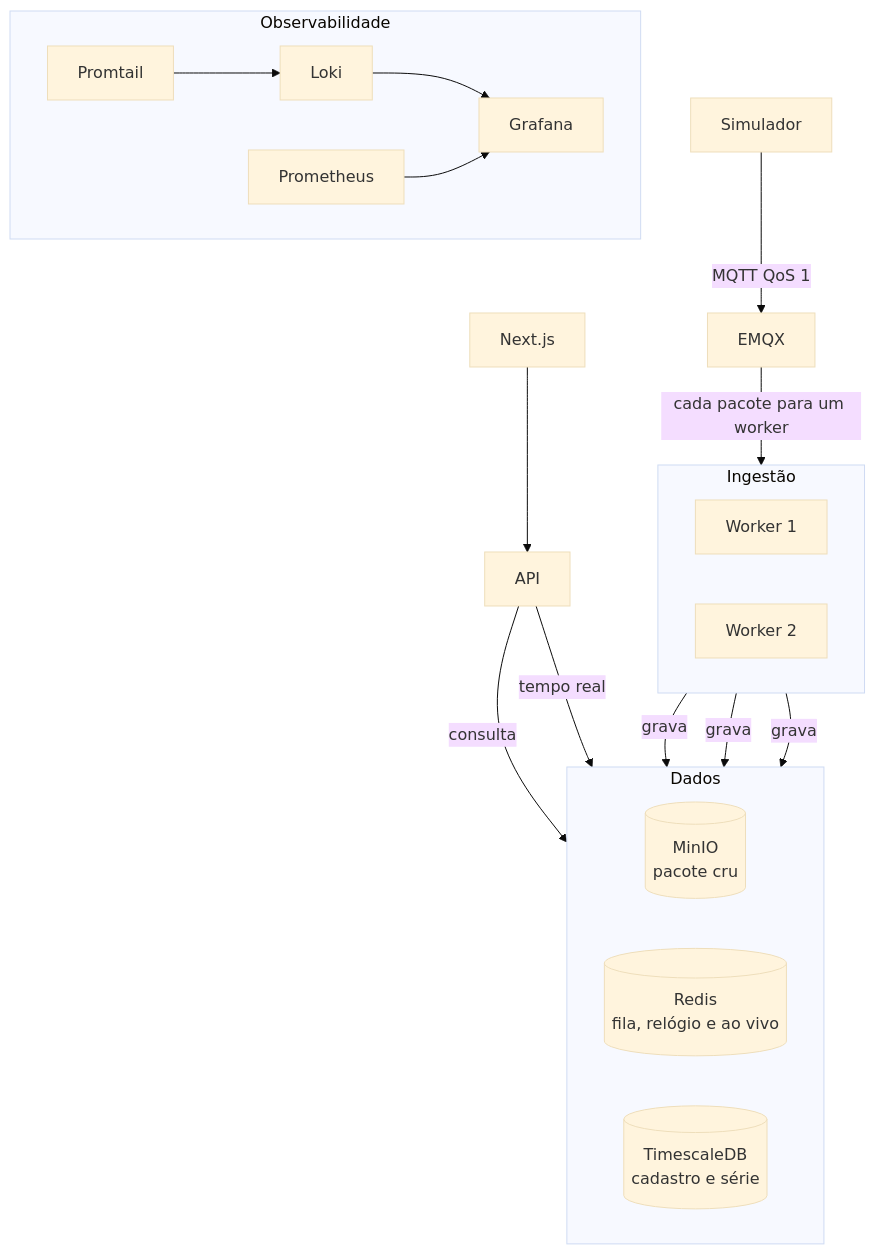
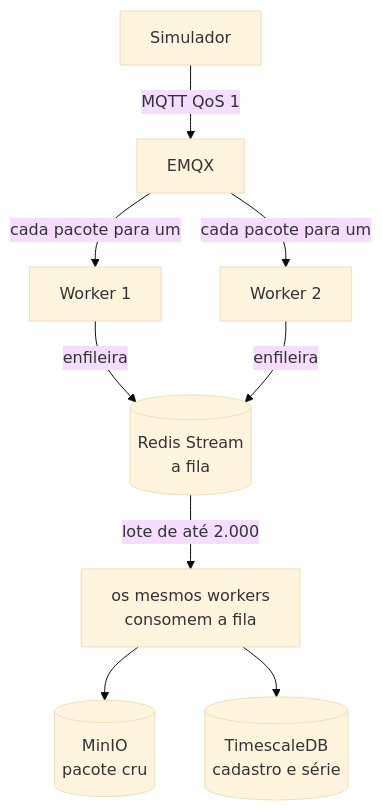
The first of 2 diagrams in README.md (fersasil/diel-teste), drawn with Mermaid (base theme) before and after one commit. The commit also changed other lines of this file, not shown here.

Commit message:
Separa a fila do Redis no diagrama da arquitetura.
A stream fica entre o MQTT e a gravação, e a leitura da tela vai num fluxo próprio para as setas não se cruzarem.

````diff
--- a/README.md
+++ b/README.md
@@ -56,31 +56,11 @@
 ```mermaid
 flowchart TB
   sim[Simulador] -->|MQTT QoS 1| emqx[EMQX]
-
-  subgraph ingest [Ingestão]
-    direction LR
-    w1[Worker 1]
-    w2[Worker 2]
-  end
-  emqx -->|cada pacote para um worker| ingest
-
-  subgraph dados [Dados]
-    direction LR
-    minio[("MinIO<br/>pacote cru")]
-    redis[("Redis<br/>fila, relógio e ao vivo")]
-    db[("TimescaleDB<br/>cadastro e série")]
-  end
-  ingest -->|grava| minio
-  ingest -->|grava| redis
-  ingest -->|grava| db
-
-  web[Next.js] --> api[API]
-  api -->|consulta| db
-  api -->|tempo real| redis
-
-  subgraph obs [Observabilidade]
-    direction LR
-    promtail[Promtail] --> loki[Loki] --> graf[Grafana]
-    prom[Prometheus] --> graf
-  end
+  emqx -->|cada pacote para um| w1[Worker 1]
+  emqx -->|cada pacote para um| w2[Worker 2]
+  w1 -->|enfileira| fila[("Redis Stream<br/>a fila")]
+  w2 -->|enfileira| fila
+  fila -->|lote de até 2.000| consome["os mesmos workers<br/>consomem a fila"]
+  consome --> minio[("MinIO<br/>pacote cru")]
+  consome --> db[("TimescaleDB<br/>cadastro e série")]
 ```
````
